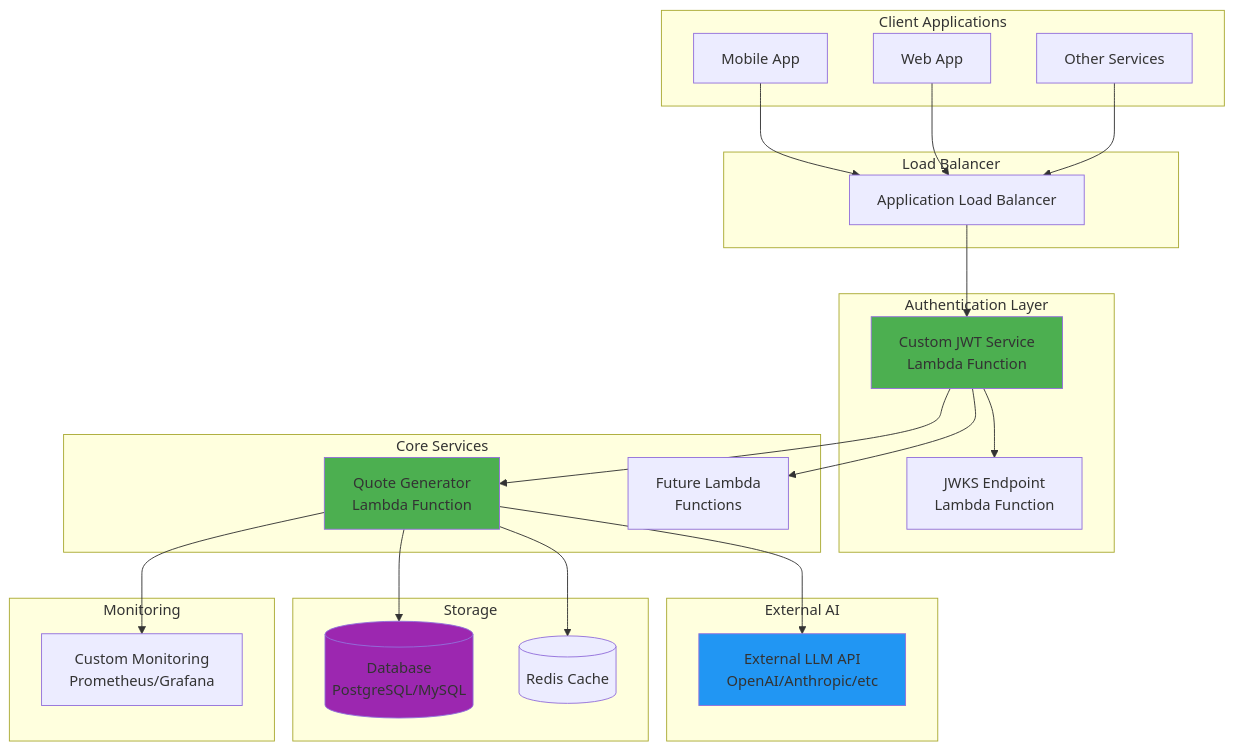
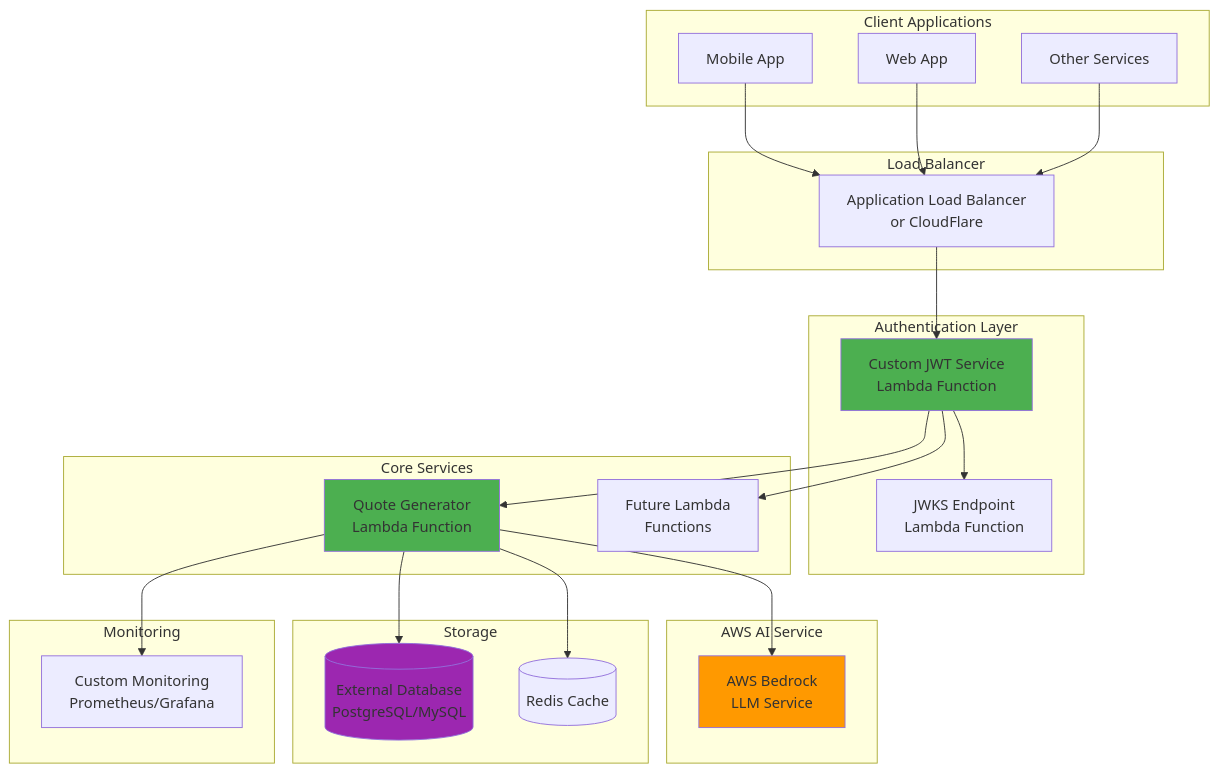
One commit to klawed/sloth-util changed the second of 2 diagrams in README.md. Above: the diagram before and after it, drawn with Mermaid. The commit also changed other lines of this file, not shown here.

Commit message:
Update README with corrected architecture and detailed local dev/CI pipeline info

````diff
--- a/README.md
+++ b/README.md
@@ -85,52 +85,52 @@
 ```mermaid
 graph TB
     subgraph "Client Applications"
         A[Mobile App]
         B[Web App]
         C[Other Services]
     end
     
     subgraph "Load Balancer"
-        LB[Application Load Balancer]
+        LB[Application Load Balancer<br/>or CloudFlare]
     end
     
     subgraph "Authentication Layer"
         AUTH[Custom JWT Service<br/>Lambda Function]
         JWKS[JWKS Endpoint<br/>Lambda Function]
     end
     
     subgraph "Core Services"
         L1[Quote Generator<br/>Lambda Function]
         L2[Future Lambda<br/>Functions]
     end
     
-    subgraph "External AI"
-        EXT[External LLM API<br/>OpenAI/Anthropic/etc]
+    subgraph "AWS AI Service"
+        BR[AWS Bedrock<br/>LLM Service]
     end
     
     subgraph "Storage"
-        DB[(Database<br/>PostgreSQL/MySQL)]
+        DB[(External Database<br/>PostgreSQL/MySQL)]
         CACHE[(Redis Cache)]
     end
     
     subgraph "Monitoring"
         MON[Custom Monitoring<br/>Prometheus/Grafana]
     end
     
     A --> LB
     B --> LB
     C --> LB
     LB --> AUTH
     AUTH --> JWKS
     AUTH --> L1
     AUTH --> L2
-    L1 --> EXT
+    L1 --> BR
     L1 --> DB
     L1 --> CACHE
     L1 --> MON
     
     style AUTH fill:#4CAF50
     style L1 fill:#4CAF50
-    style EXT fill:#2196F3
+    style BR fill:#ff9900
     style DB fill:#9C27B0
 ```
````
